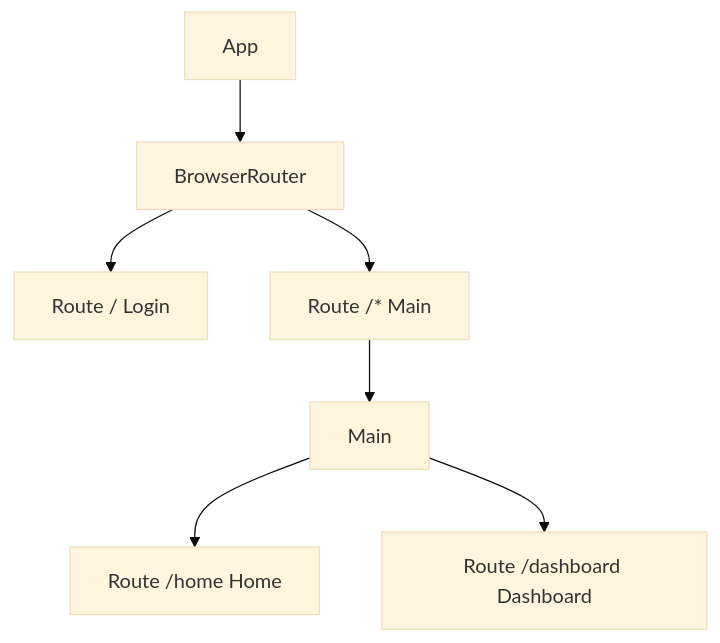
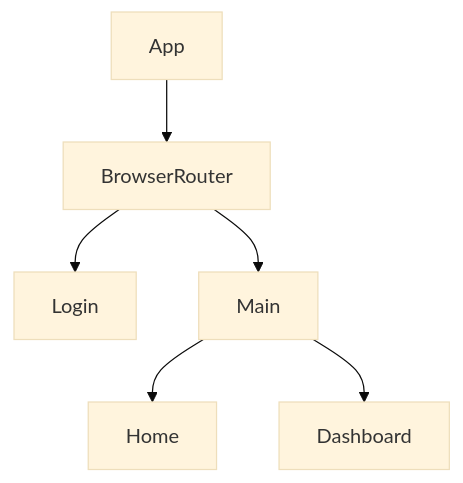
Before and after one commit to test-company-prowiz/tableau-frontend: the diagram in docs/src/App.jsx.md, drawn with Mermaid (base theme). The commit also changed other lines of this file and 2 other files, not shown here.

````diff
--- a/docs/src/App.jsx.md
+++ b/docs/src/App.jsx.md
@@ -48,9 +50,8 @@
 ```mermaid
 graph TD
-AppRoot[App] --> BrowserRouter[BrowserRouter]
-BrowserRouter --> LoginRoute[Route / Login]
-BrowserRouter --> MainRoute[Route /* Main]
-MainRoute --> MainComponent[Main]
-MainComponent --> HomeRoute[Route /home Home]
-MainComponent --> DashboardRoute[Route /dashboard Dashboard]
+A[App] --> B[BrowserRouter]
+B --> C[Login]
+B --> D[Main]
+D --> E[Home]
+D --> F[Dashboard]
 ```
````
